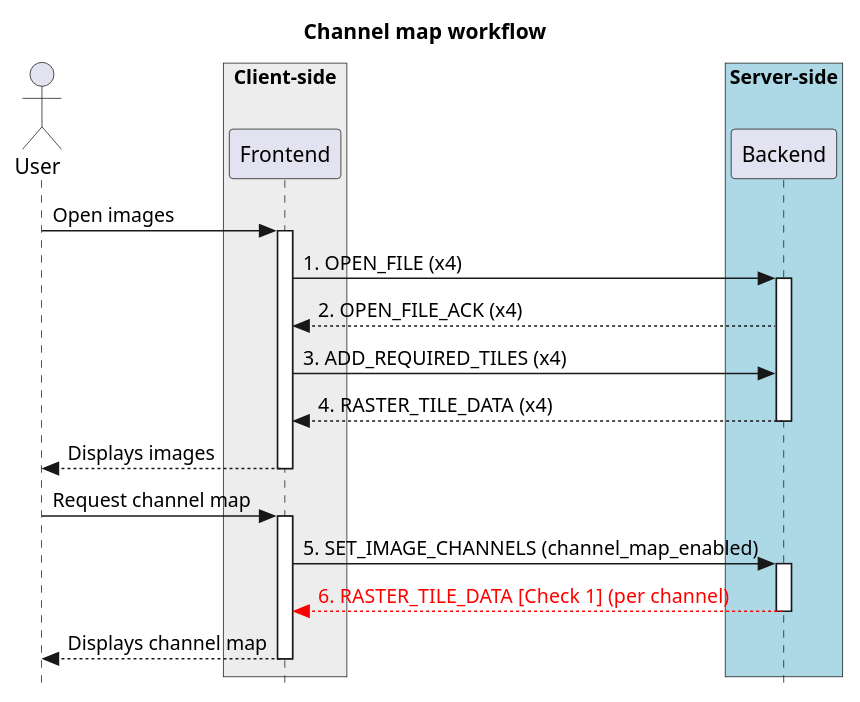
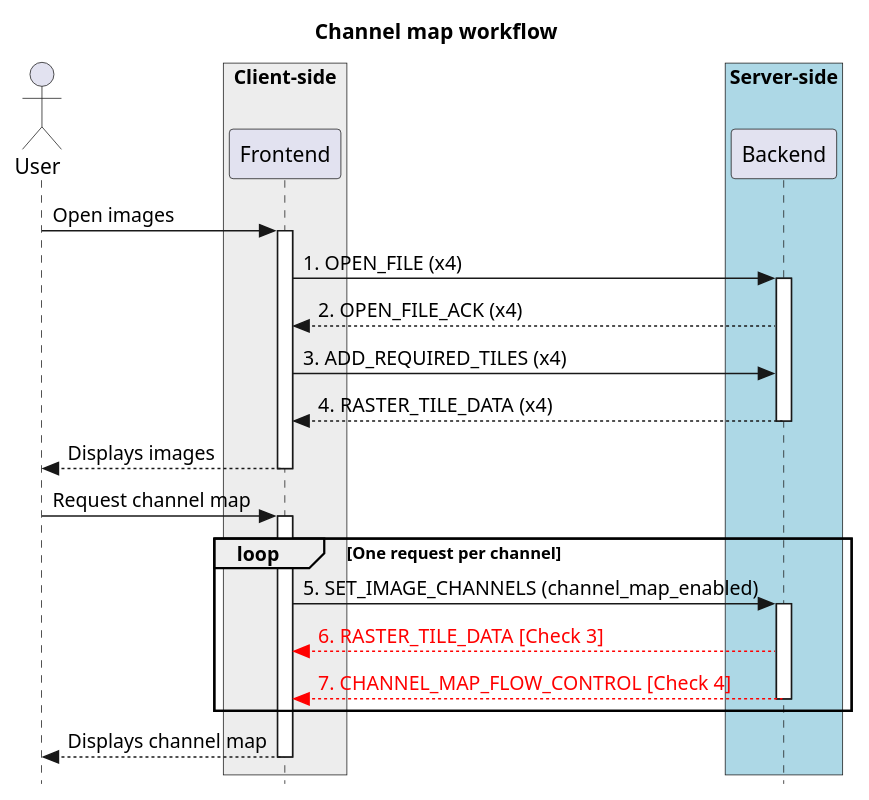
Before and after one commit to CARTAvis/ICD-RxJS: the diagram in docs/source/channel_map.rst, drawn with PlantUML. The commit also changed other lines of this file, not shown here.

Commit message:
Update the channel map documentation for per-channel flow control

```diff
--- a/docs/source/channel_map.rst
+++ b/docs/source/channel_map.rst
@@ -4,35 +4,40 @@
 .. uml::
 
     skinparam style strictuml
     hide footbox
     title Channel map workflow
 
     actor User
 
     box "Client-side" #EDEDED
             participant Frontend
     end box
 
     box "Server-side" #lightblue
         participant Backend
     end box
 
     User -> Frontend: Open images
     activate Frontend
     Frontend -> Backend : 1. OPEN_FILE (x4)
     activate Backend
     Frontend <-- Backend : 2. OPEN_FILE_ACK (x4)
     Frontend -> Backend : 3. ADD_REQUIRED_TILES (x4)
     Frontend <-- Backend : 4. RASTER_TILE_DATA (x4)
     deactivate Backend
     User <-- Frontend: Displays images
     deactivate Frontend
 
     User -> Frontend: Request channel map
     activate Frontend
-    Frontend -> Backend : 5. SET_IMAGE_CHANNELS (channel_map_enabled)
-    activate Backend
-    Frontend <--[#red] Backend : <font color="red">6. RASTER_TILE_DATA [Check 1] (per channel)</font>
-    deactivate Backend
+
+    loop One request per channel
+        Frontend -> Backend : 5. SET_IMAGE_CHANNELS (channel_map_enabled)
+        activate Backend
+        Frontend <--[#red] Backend : <font color="red">6. RASTER_TILE_DATA [Check 3]</font>
+        Frontend <--[#red] Backend : <font color="red">7. CHANNEL_MAP_FLOW_CONTROL [Check 4]</font>
+        deactivate Backend
+    end
+
     User <-- Frontend: Displays channel map
     deactivate Frontend
```
